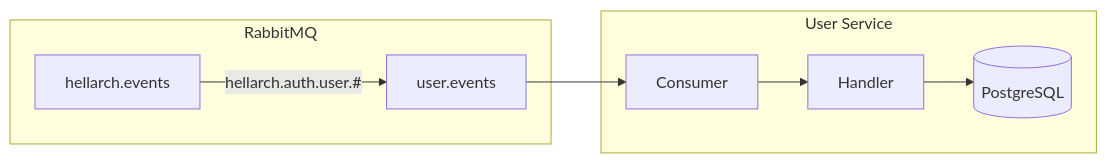
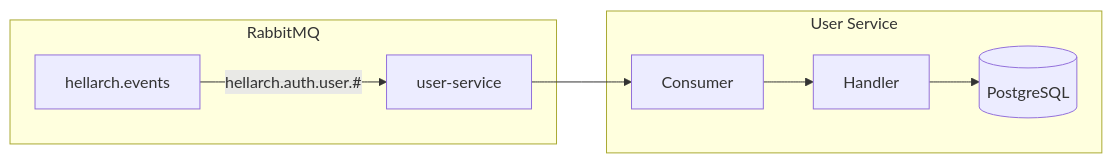
Before and after one commit to Nechja/hellArch: the second of 3 diagrams in docs/guide/services/user.md, drawn with Mermaid. The commit also changed other lines of this file and 34 other files, not shown here.

````diff
--- a/docs/guide/services/user.md
+++ b/docs/guide/services/user.md
@@ -66,18 +79,18 @@
 ```mermaid
 graph LR
     subgraph RabbitMQ
         EX[hellarch.events]
-        Q[user.events]
+        Q[user-service]
     end
 
     subgraph User Service
         C[Consumer]
         H[Handler]
         DB[(PostgreSQL)]
     end
 
     EX -->|hellarch.auth.user.#| Q
     Q --> C
     C --> H
     H --> DB
 ```
````
